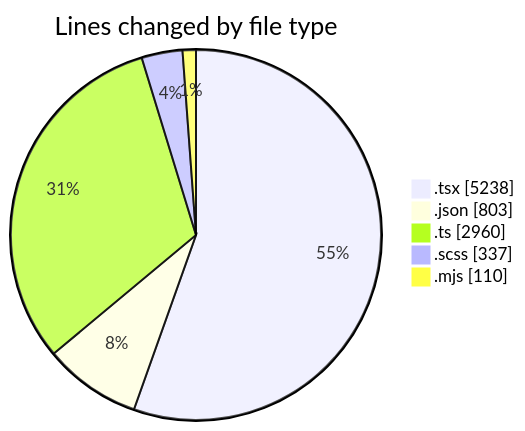
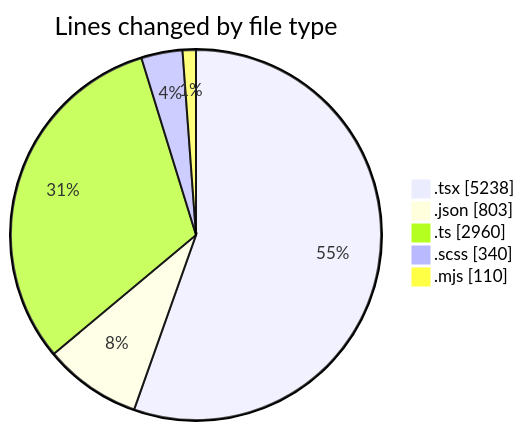
One commit to momahboobian/code-tracking changed the first of 2 diagrams in 2026-05-12/cda/README.md. Above: the diagram before and after it, drawn with Mermaid. The commit also changed other lines of this file and 1 other file, not shown here.

````diff
--- a/2026-05-12/cda/README.md
+++ b/2026-05-12/cda/README.md
@@ -39,9 +39,9 @@
 ```mermaid
 pie showData
 title Lines changed by file type
 ".tsx" : 5238
 ".json" : 803
 ".ts" : 2960
-".scss" : 337
+".scss" : 340
 ".mjs" : 110
 ```
````
